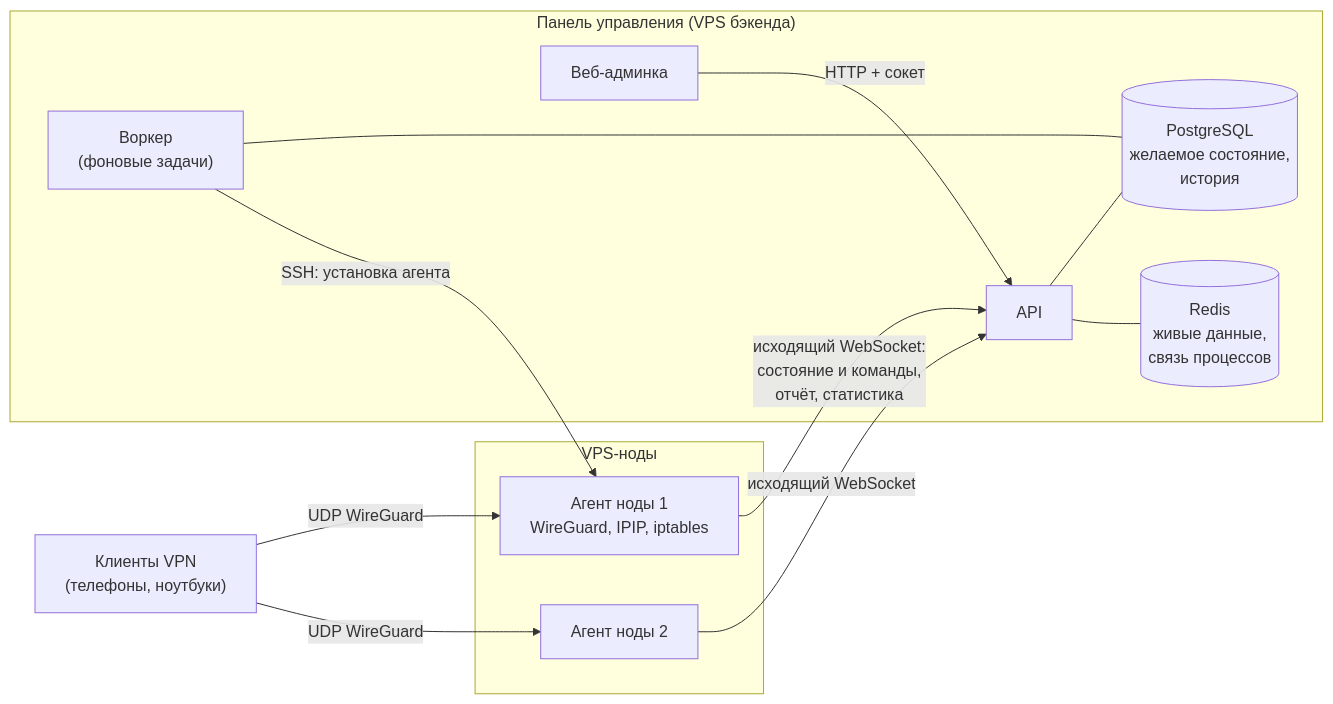
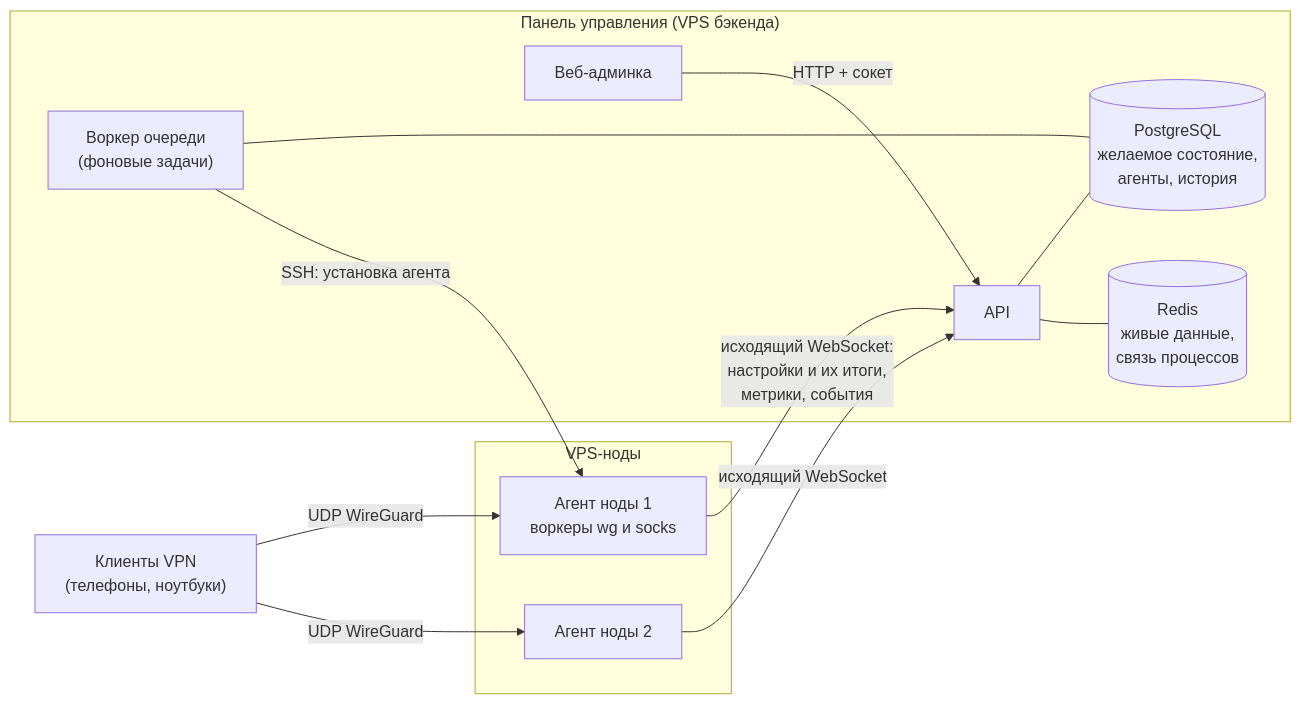
Before and after one commit to epifanovmd/wg-admin-api: the first of 9 diagrams in docs/WIREGUARD.md, drawn with Mermaid. The commit also changed other lines of this file and 252 other files, not shown here.

Commit message:
feat(agent): переход на agent 1.1.0 — воркеры wg и socks по HTTP, модуль агента, ноды через агента, выпуск агента из GitHub

````diff
--- a/docs/WIREGUARD.md
+++ b/docs/WIREGUARD.md
@@ -15,27 +21,27 @@
 ```mermaid
 flowchart LR
   subgraph Panel["Панель управления (VPS бэкенда)"]
     WEB["Веб-админка"]
     API["API"]
-    WORKER["Воркер<br/>(фоновые задачи)"]
-    PG[("PostgreSQL<br/>желаемое состояние,<br/>история")]
+    WORKER["Воркер очереди<br/>(фоновые задачи)"]
+    PG[("PostgreSQL<br/>желаемое состояние,<br/>агенты, история")]
     REDIS[("Redis<br/>живые данные,<br/>связь процессов")]
   end
 
   subgraph Nodes["VPS-ноды"]
-    A1["Агент ноды 1<br/>WireGuard, IPIP, iptables"]
+    A1["Агент ноды 1<br/>воркеры wg и socks"]
     A2["Агент ноды 2"]
   end
 
   C["Клиенты VPN<br/>(телефоны, ноутбуки)"]
 
   WEB -- "HTTP + сокет" --> API
   API --- PG
   API --- REDIS
   WORKER --- PG
   WORKER -- "SSH: установка агента" --> A1
-  A1 -- "исходящий WebSocket:<br/>состояние и команды,<br/>отчёт, статистика" --> API
+  A1 -- "исходящий WebSocket:<br/>настройки и их итоги,<br/>метрики, события" --> API
   A2 -- "исходящий WebSocket" --> API
   C -- "UDP WireGuard" --> A1
   C -- "UDP WireGuard" --> A2
 ```
````
